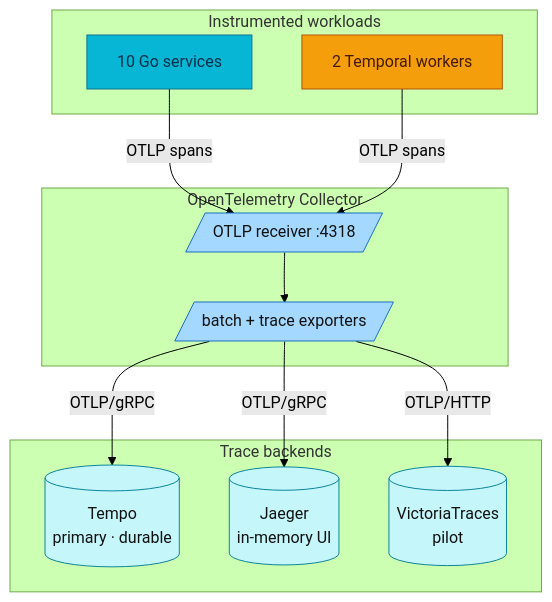
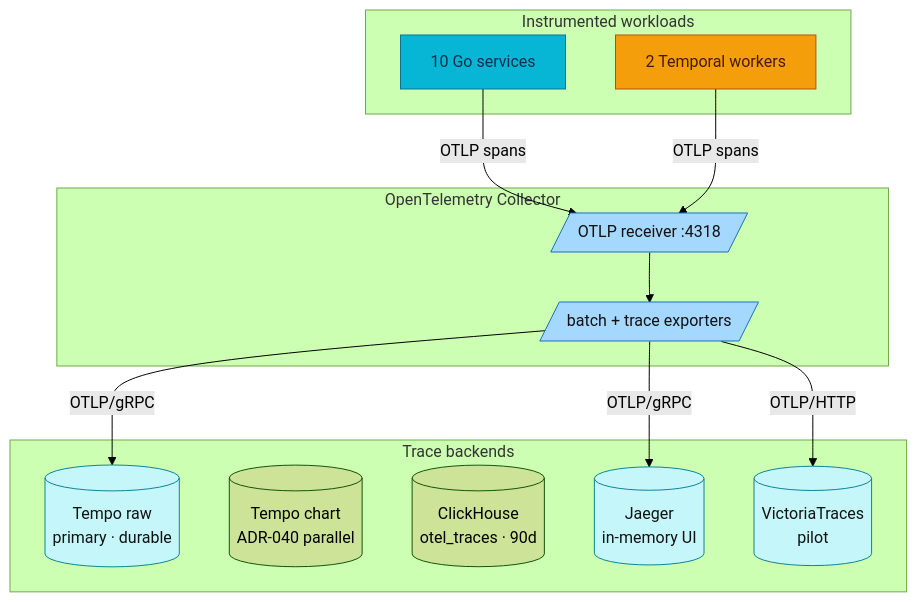
The diagram in docs/observability/tracing/jaeger.md (duynhlab/homelab), drawn with Mermaid (forest theme) before and after one commit. The commit also changed other lines of this file and 12 other files, not shown here.

````diff
--- a/docs/observability/tracing/jaeger.md
+++ b/docs/observability/tracing/jaeger.md
@@ -115,33 +115,35 @@
 ```mermaid
 flowchart TB
     subgraph workloads["Instrumented workloads"]
         Services["10 Go services"]
         Workers["2 Temporal workers"]
     end
 
     subgraph collectorNode["OpenTelemetry Collector"]
         Receiver[/"OTLP receiver :4318"/]
         Fanout[/"batch + trace exporters"/]
         Receiver --> Fanout
     end
 
     subgraph backends["Trace backends"]
-        Tempo[("Tempo<br/>primary · durable")]
+        Tempo[("Tempo raw<br/>primary · durable")]
+        TempoC[("Tempo chart<br/>ADR-040 parallel")]
+        CH[("ClickHouse<br/>otel_traces · 90d")]
         Jaeger[("Jaeger<br/>in-memory UI")]
         VT[("VictoriaTraces<br/>pilot")]
     end
 
     Services & Workers -->|"OTLP spans"| Receiver
     Fanout -->|"OTLP/gRPC"| Tempo
     Fanout -->|"OTLP/gRPC"| Jaeger
     Fanout -->|"OTLP/HTTP"| VT
 
     classDef service fill:#06b6d4,color:#082f49,stroke:#0e7490;
     classDef worker fill:#f59e0b,color:#451a03,stroke:#b45309;
     classDef trace fill:#c5f6fa,color:#111,stroke:#0c8599;
     classDef collector fill:#a5d8ff,color:#111,stroke:#1971c2;
     class Services service;
     class Workers worker;
     class Receiver,Fanout collector;
     class Tempo,Jaeger,VT trace;
 ```
````
